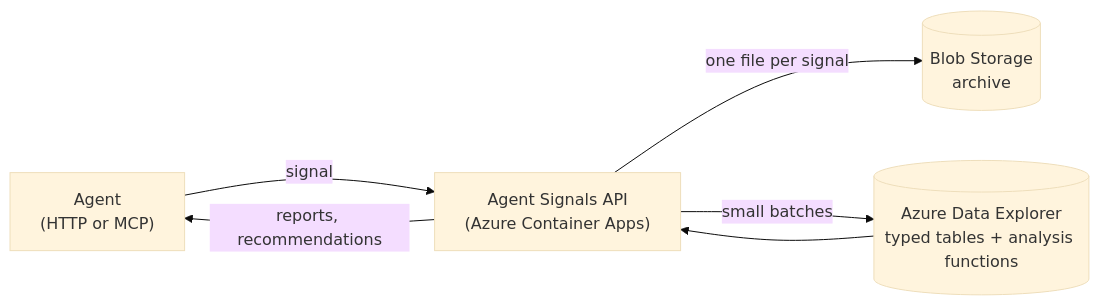
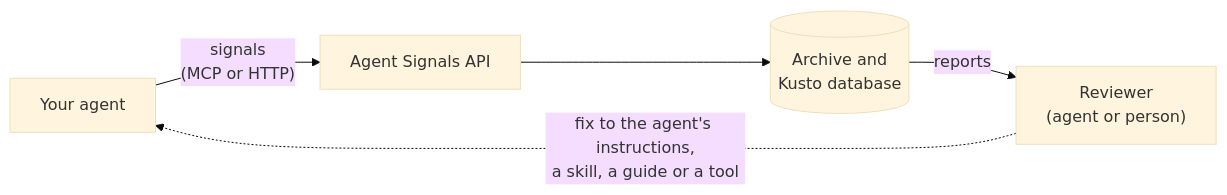
One commit to jmprieur/agent-signals-service changed the diagram in README.md. Above: the diagram before and after it, drawn with Mermaid (base theme). The commit also changed other lines of this file and 10 other files, not shown here.

````diff
--- a/README.md
+++ b/README.md
@@ -40,8 +65,7 @@
 ```mermaid
 flowchart LR
-    Agent["Agent<br/>(HTTP or MCP)"] -->|signal| API["Agent Signals API<br/>(Azure Container Apps)"]
-    API -->|"one file per signal"| Blob[("Blob Storage<br/>archive")]
-    API -->|"small batches"| Kusto[("Azure Data Explorer<br/>typed tables + analysis functions")]
-    Kusto --> API
-    API -->|reports, recommendations| Agent
+    Agent["Your agent"] -->|"signals<br/>(MCP or HTTP)"| API["Agent Signals API"]
+    API --> Store[("Archive and<br/>Kusto database")]
+    Store -->|reports| Reviewer["Reviewer<br/>(agent or person)"]
+    Reviewer -.->|"fix to the agent's instructions,<br/>a skill, a guide or a tool"| Agent
 ```
````
